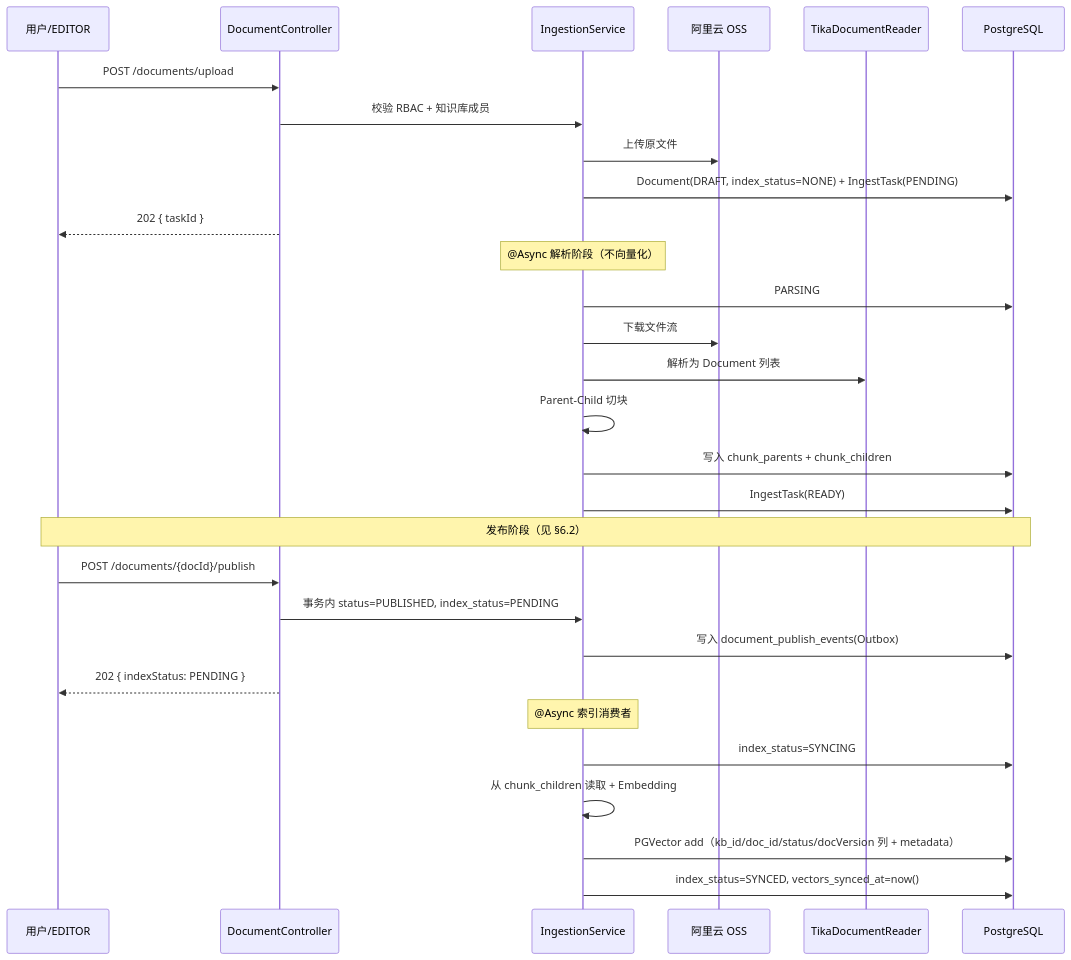
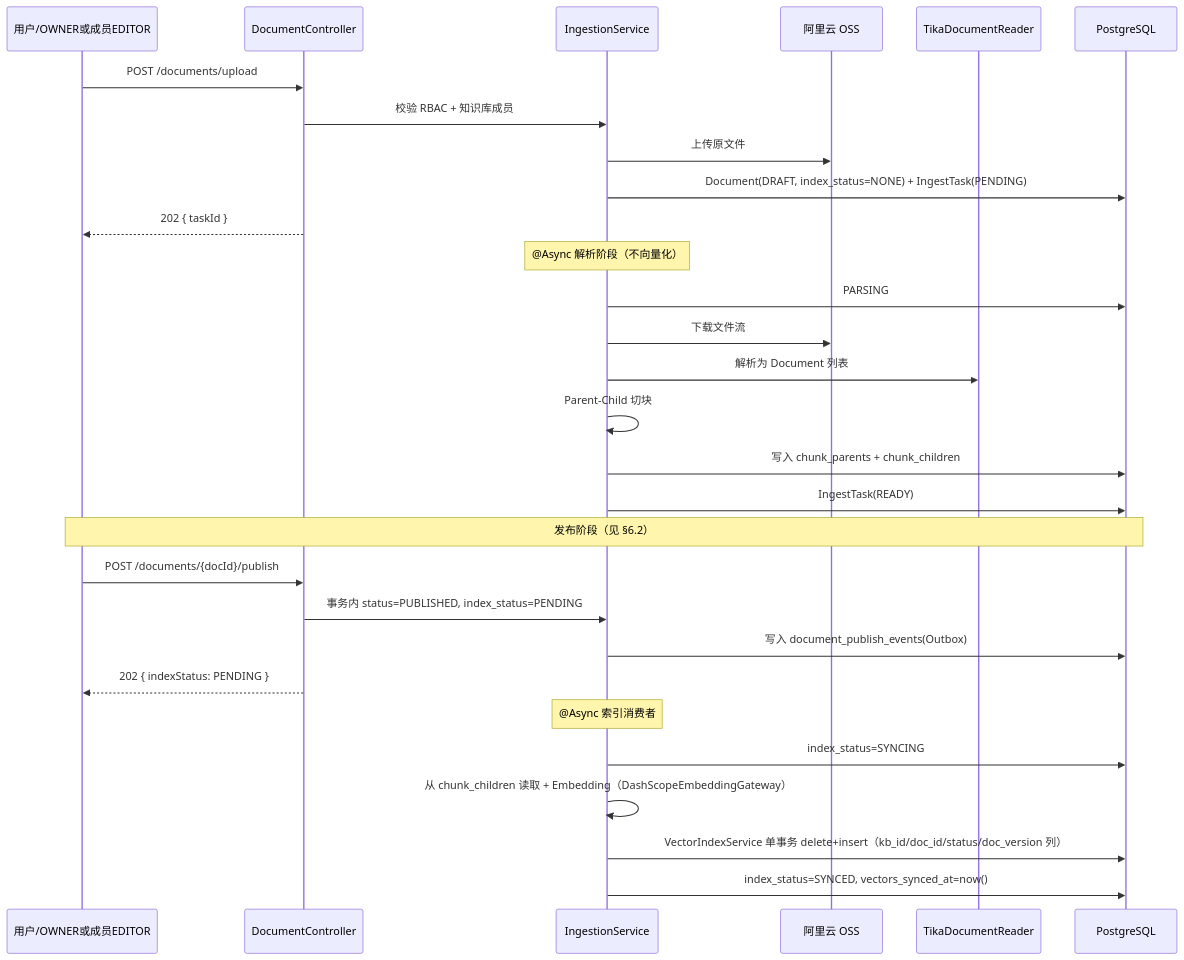
Before and after one commit to codeson-1/KnowSource: the fourth of 11 diagrams in docs/architecture/KnowSource-RAG-架构设计文档.md, drawn with Mermaid. The commit also changed other lines of this file and 9 other files, not shown here.

First line of the commit message:
docs: update architecture and spike documentation

````diff
--- a/docs/architecture/KnowSource-RAG-架构设计文档.md
+++ b/docs/architecture/KnowSource-RAG-架构设计文档.md
@@ -356,35 +373,35 @@
 ```mermaid
 sequenceDiagram
-    participant U as 用户/EDITOR
+    participant U as 用户/OWNER或成员EDITOR
     participant API as DocumentController
     participant Svc as IngestionService
     participant OSS as 阿里云 OSS
     participant Tika as TikaDocumentReader
     participant DB as PostgreSQL
 
     U->>API: POST /documents/upload
     API->>Svc: 校验 RBAC + 知识库成员
     Svc->>OSS: 上传原文件
     Svc->>DB: Document(DRAFT, index_status=NONE) + IngestTask(PENDING)
     API-->>U: 202 { taskId }
 
     Note over Svc: @Async 解析阶段（不向量化）
     Svc->>DB: PARSING
     Svc->>OSS: 下载文件流
     Svc->>Tika: 解析为 Document 列表
     Svc->>Svc: Parent-Child 切块
     Svc->>DB: 写入 chunk_parents + chunk_children
     Svc->>DB: IngestTask(READY)
 
     Note over U,DB: 发布阶段（见 §6.2）
     U->>API: POST /documents/{docId}/publish
     API->>Svc: 事务内 status=PUBLISHED, index_status=PENDING
     Svc->>DB: 写入 document_publish_events(Outbox)
     API-->>U: 202 { indexStatus: PENDING }
 
     Note over Svc: @Async 索引消费者
     Svc->>DB: index_status=SYNCING
-    Svc->>Svc: 从 chunk_children 读取 + Embedding
-    Svc->>DB: PGVector add（kb_id/doc_id/status/docVersion 列 + metadata）
+    Svc->>Svc: 从 chunk_children 读取 + Embedding（DashScopeEmbeddingGateway）
+    Svc->>DB: VectorIndexService 单事务 delete+insert（kb_id/doc_id/status/doc_version 列）
     Svc->>DB: index_status=SYNCED, vectors_synced_at=now()
 ```
````
